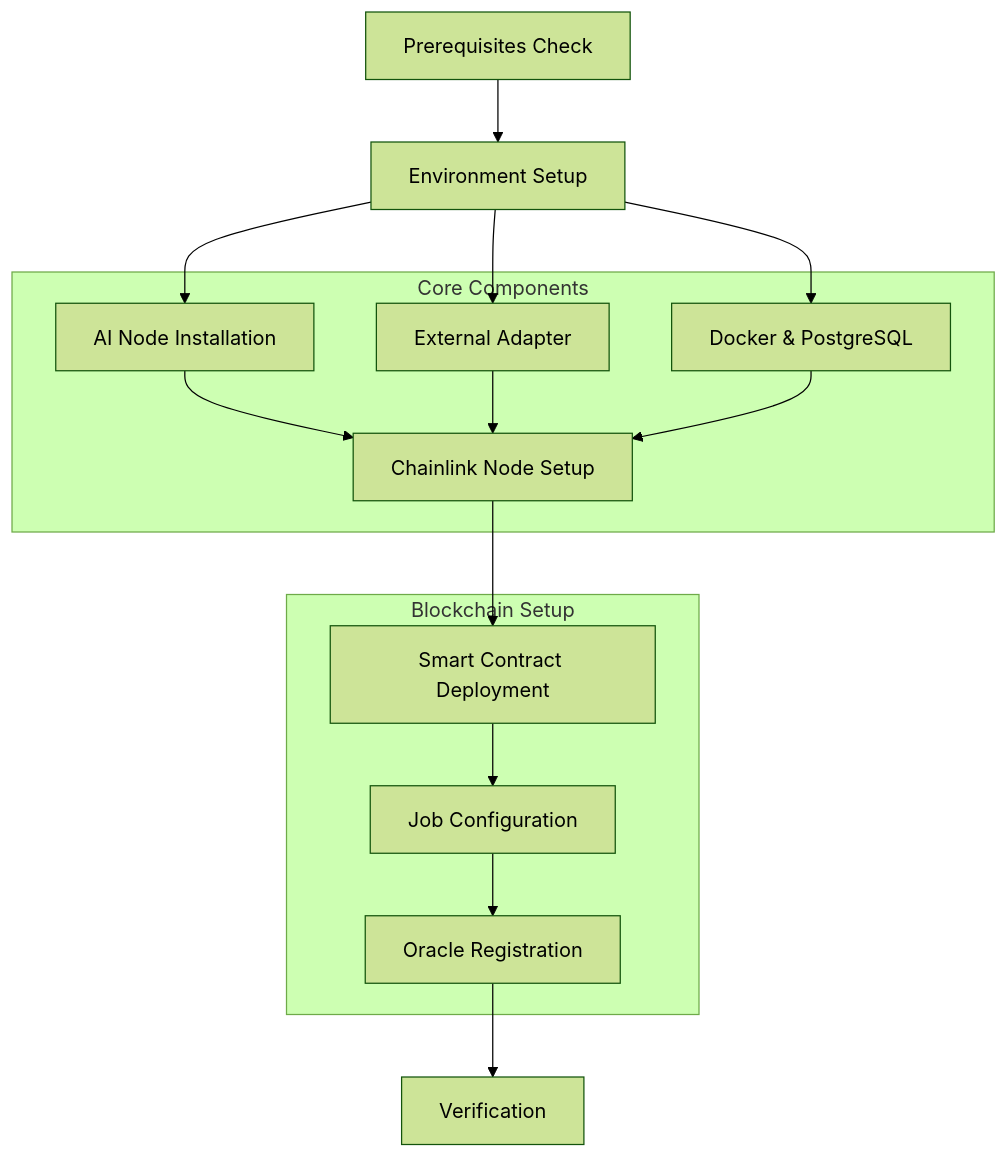
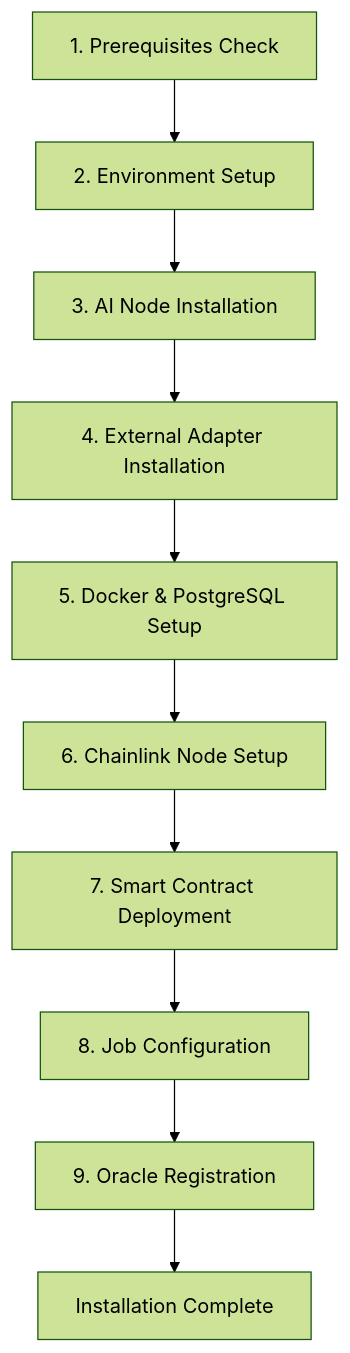
Before and after one commit to verdikta/verdikta-arbiter: the diagram in installer/docs/installation/index.md, drawn with Mermaid (forest theme). The commit also changed other lines of this file and 4 other files, not shown here.

````diff
--- a/installer/docs/installation/index.md
+++ b/installer/docs/installation/index.md
@@ -57,27 +33,12 @@
 ```mermaid
 graph TB
-    A[Prerequisites Check] --> B[Environment Setup]
-    B --> C[AI Node Installation]
-    B --> D[External Adapter]
-    B --> E[Docker & PostgreSQL]
-    C --> F[Chainlink Node Setup]
-    D --> F
-    E --> F
-    F --> G[Smart Contract Deployment]
-    G --> H[Job Configuration]
-    H --> I[Oracle Registration]
-    I --> J[Verification]
-    
-    subgraph "Core Components"
-        C
-        D
-        E
-        F
-    end
-    
-    subgraph "Blockchain Setup"
-        G
-        H
-        I
-    end
+    A[1. Prerequisites Check] --> B[2. Environment Setup]
+    B --> C[3. AI Node Installation]
+    C --> D[4. External Adapter Installation]
+    D --> E[5. Docker & PostgreSQL Setup]
+    E --> F[6. Chainlink Node Setup]
+    F --> G[7. Smart Contract Deployment]
+    G --> H[8. Job Configuration]
+    H --> I[9. Oracle Registration]
+    I --> J[Installation Complete]
 ```
````
